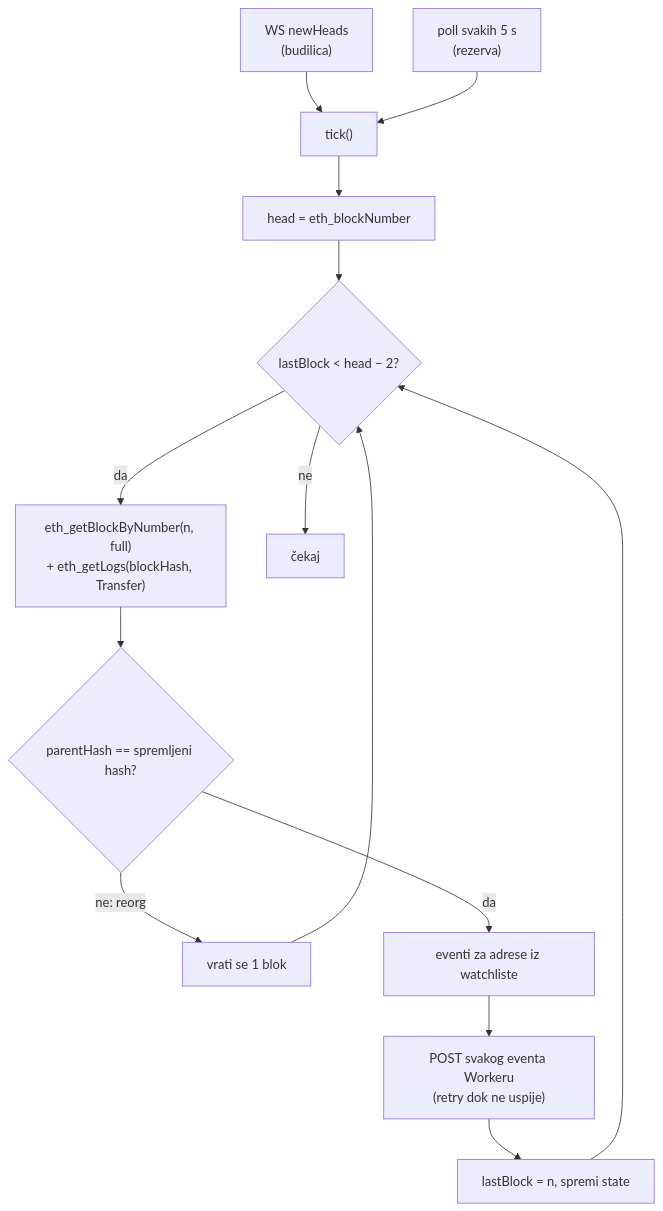
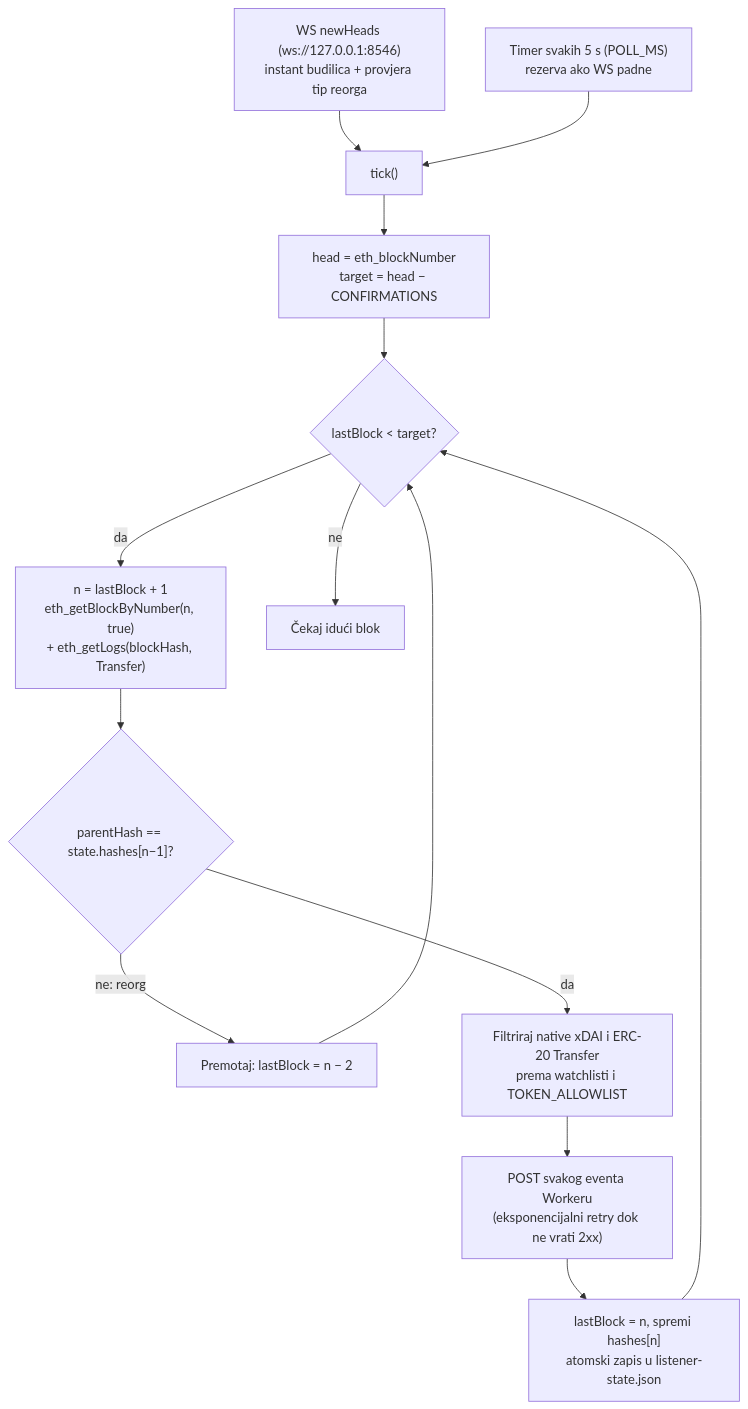
The second of 2 diagrams in docs/07-wallet-notifications.md (domovinatv/domovina-gnosis-node), drawn with Mermaid before and after one commit. The commit also changed other lines of this file and 4 other files, not shown here.

First line of the commit message:
feat(listener): filtriraj duplikate EURe v1 ugovora, dodaj TOKEN_ALLOWLIST i FCM v1 specifikaciju

````diff
--- a/docs/07-wallet-notifications.md
+++ b/docs/07-wallet-notifications.md
@@ -7,14 +52,14 @@
 ```mermaid
 flowchart TD
-  WS["WS newHeads<br/>(budilica)"] --> T["tick()"]
-  P["poll svakih 5 s<br/>(rezerva)"] --> T
-  T --> H["head = eth_blockNumber"]
-  H --> LOOP{"lastBlock < head − 2?"}
-  LOOP -->|da| B["eth_getBlockByNumber(n, full)<br/>+ eth_getLogs(blockHash, Transfer)"]
-  B --> R{"parentHash == spremljeni hash?"}
-  R -->|ne: reorg| RW["vrati se 1 blok"] --> LOOP
-  R -->|da| E["eventi za adrese iz watchliste"]
-  E --> D["POST svakog eventa Workeru<br/>(retry dok ne uspije)"]
-  D --> S["lastBlock = n, spremi state"] --> LOOP
-  LOOP -->|ne| END["čekaj"]
+  WS["WS newHeads (ws://127.0.0.1:8546)<br/>instant budilica + provjera tip reorga"] --> T["tick()"]
+  P["Timer svakih 5 s (POLL_MS)<br/>rezerva ako WS padne"] --> T
+  T --> H["head = eth_blockNumber<br/>target = head − CONFIRMATIONS"]
+  H --> LOOP{"lastBlock < target?"}
+  LOOP -->|da| B["n = lastBlock + 1<br/>eth_getBlockByNumber(n, true)<br/>+ eth_getLogs(blockHash, Transfer)"]
+  B --> R{"parentHash == state.hashes[n−1]?"}
+  R -->|ne: reorg| RW["Premotaj: lastBlock = n − 2"] --> LOOP
+  R -->|da| E["Filtriraj native xDAI i ERC-20 Transfer<br/>prema watchlisti i TOKEN_ALLOWLIST"]
+  E --> D["POST svakog eventa Workeru<br/>(eksponencijalni retry dok ne vrati 2xx)"]
+  D --> S["lastBlock = n, spremi hashes[n]<br/>atomski zapis u listener-state.json"] --> LOOP
+  LOOP -->|ne| END["Čekaj idući blok"]
 ```
````
